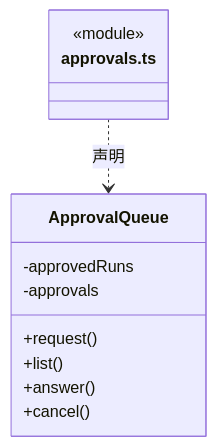
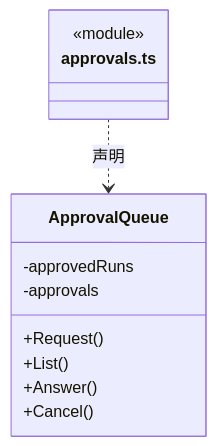
One commit to nan023062/cbim changed the first of 12 diagrams in src/logic/conversation/runtime/ARCHITECTURE.md. Above: the diagram before and after it, drawn with Mermaid. The commit also changed other lines of this file and 1035 other files, not shown here.

````diff
--- a/src/logic/conversation/runtime/ARCHITECTURE.md
+++ b/src/logic/conversation/runtime/ARCHITECTURE.md
@@ -27,15 +27,15 @@
 ```mermaid
 classDiagram
 class N_src_logic_conversation_runtime_approvals_ts["approvals.ts"] {
   <<module>>
 }
 class N_src_logic_conversation_runtime_approvals_ts_ApprovalQueue["ApprovalQueue"] {
-  +request()
-  +list()
-  +answer()
-  +cancel()
+  +Request()
+  +List()
+  +Answer()
+  +Cancel()
   -approvedRuns
   -approvals
 }
 N_src_logic_conversation_runtime_approvals_ts ..> N_src_logic_conversation_runtime_approvals_ts_ApprovalQueue : 声明
 ```
````
